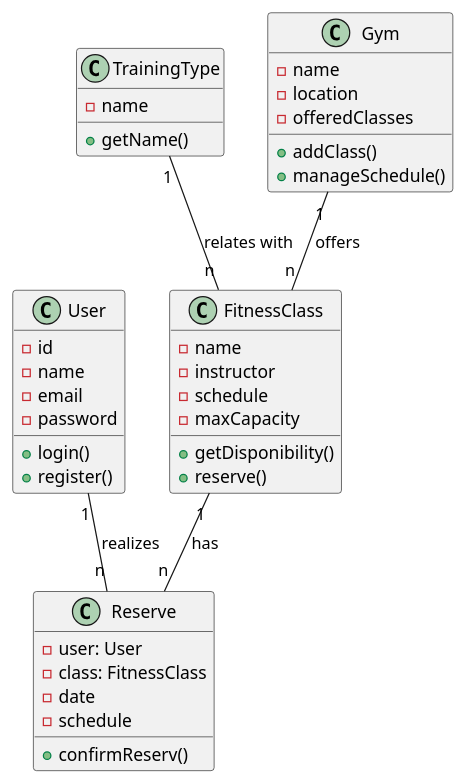
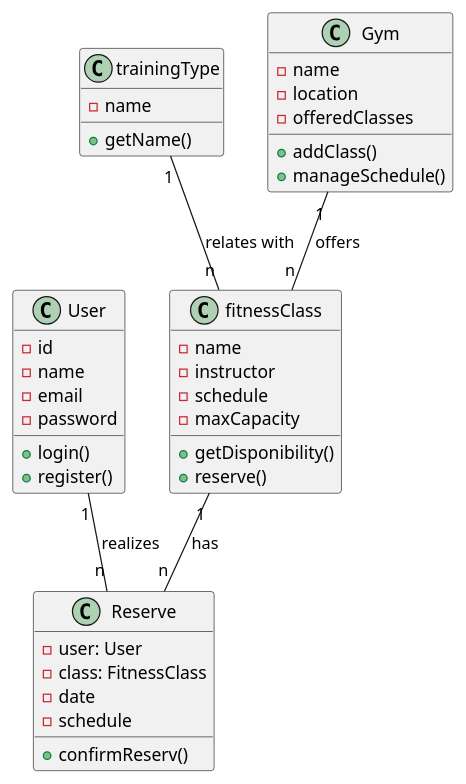
One commit to joaquinpiastre/Power-App changed the diagram in doc/clases.puml. Above: the diagram before and after it, drawn with PlantUML. The commit also changed 12 other files, not shown here.

```diff
--- a/doc/clases.puml
+++ b/doc/clases.puml
@@ -1,46 +1,46 @@
 @startuml PowerAPP Class Diagram
 class User {
   - id
   - name
   - email
   - password
   + login()
   + register()
 }
 
-class TrainingType {
+class trainingType {
   - name
   + getName()
 }
 
-class FitnessClass {
+class fitnessClass {
   - name
   - instructor
   - schedule
   - maxCapacity
   + getDisponibility()
   + reserve()
 }
 
 class Gym {
   - name
   - location
   - offeredClasses
   + addClass()
   + manageSchedule()
 }
 
 class Reserve {
   - user: User
   - class: FitnessClass
   - date
   - schedule
   + confirmReserv()
 }
 
-TrainingType "1" -- "n" FitnessClass : relates with
+trainingType "1" -- "n" fitnessClass : relates with
 User "1" -- "n" Reserve : realizes
-FitnessClass "1" -- "n" Reserve : has
-Gym "1" -- "n" FitnessClass : offers
+fitnessClass "1" -- "n" Reserve : has
+Gym "1" -- "n" fitnessClass : offers
 
 @enduml
```
